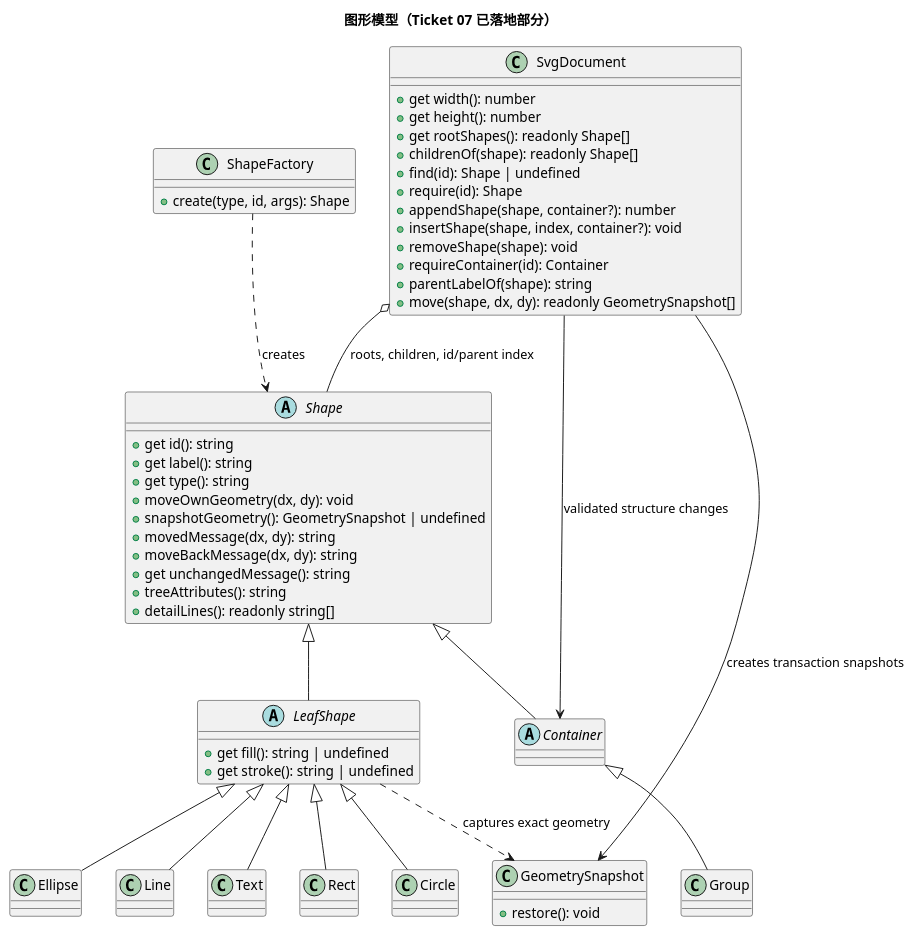
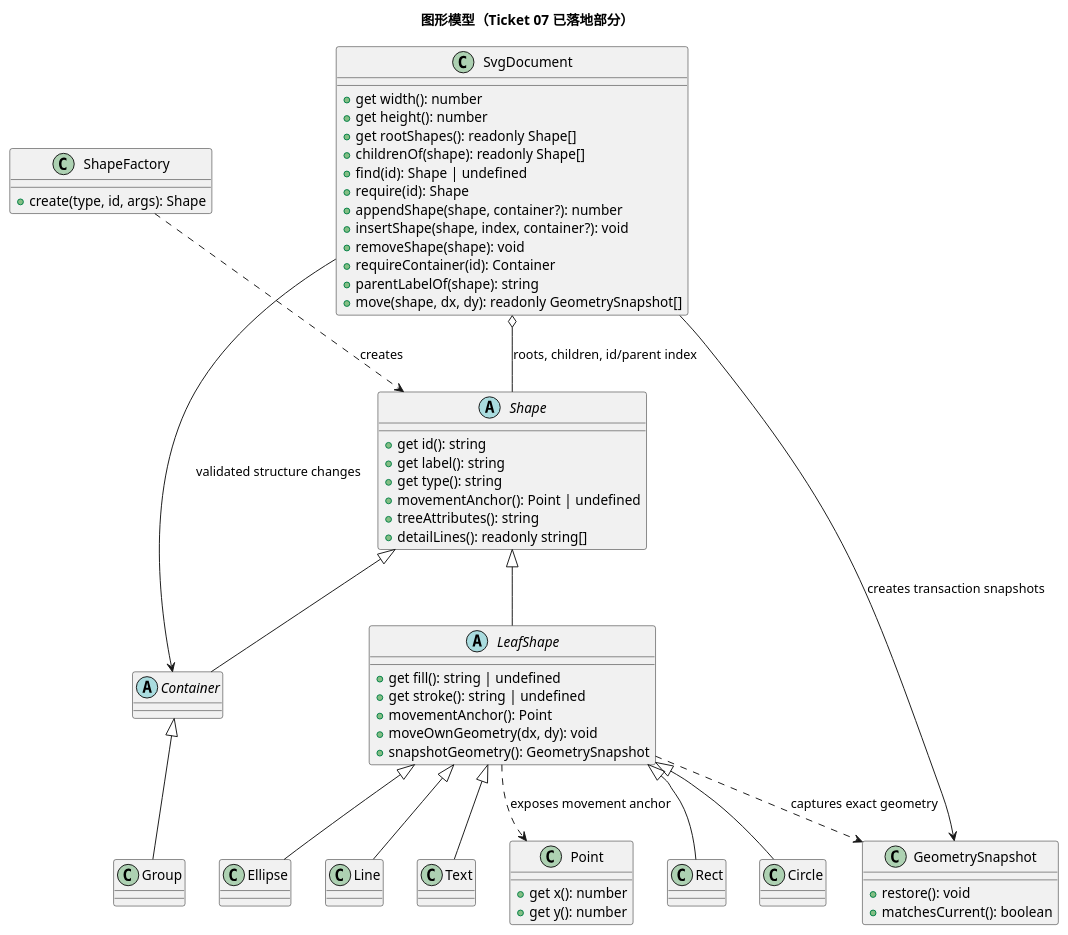
The first of 2 diagrams in doc/class-model.puml (NQC233/svg-editor-lab1), drawn with PlantUML before and after one commit. The commit also changed 4 other files, not shown here.

```diff
--- a/doc/class-model.puml
+++ b/doc/class-model.puml
@@ -1,66 +1,72 @@
 @startuml
 title 图形模型（Ticket 07 已落地部分）
 
 abstract class Shape {
   +get id(): string
   +get label(): string
   +get type(): string
-  +moveOwnGeometry(dx, dy): void
-  +snapshotGeometry(): GeometrySnapshot | undefined
-  +movedMessage(dx, dy): string
-  +moveBackMessage(dx, dy): string
-  +get unchangedMessage(): string
+  +movementAnchor(): Point | undefined
   +treeAttributes(): string
   +detailLines(): readonly string[]
 }
 
 abstract class LeafShape {
   +get fill(): string | undefined
   +get stroke(): string | undefined
+  +movementAnchor(): Point
+  +moveOwnGeometry(dx, dy): void
+  +snapshotGeometry(): GeometrySnapshot
 }
 
 abstract class Container
 
 class Group
 class Rect
 class Circle
 class Ellipse
 class Line
 class Text
 class GeometrySnapshot {
   +restore(): void
+  +matchesCurrent(): boolean
+}
+
+class Point {
+  +get x(): number
+  +get y(): number
 }
 
 class SvgDocument {
   +get width(): number
   +get height(): number
   +get rootShapes(): readonly Shape[]
   +childrenOf(shape): readonly Shape[]
   +find(id): Shape | undefined
   +require(id): Shape
   +appendShape(shape, container?): number
   +insertShape(shape, index, container?): void
   +removeShape(shape): void
   +requireContainer(id): Container
   +parentLabelOf(shape): string
   +move(shape, dx, dy): readonly GeometrySnapshot[]
 }
 
 class ShapeFactory {
   +create(type, id, args): Shape
 }
 
 Shape <|-- LeafShape
 Shape <|-- Container
 Container <|-- Group
 LeafShape <|-- Rect
 LeafShape <|-- Circle
 LeafShape <|-- Ellipse
 LeafShape <|-- Line
 LeafShape <|-- Text
 SvgDocument o-- Shape : roots, children, id/parent index
 SvgDocument --> Container : validated structure changes
 SvgDocument --> GeometrySnapshot : creates transaction snapshots
 LeafShape ..> GeometrySnapshot : captures exact geometry
+LeafShape ..> Point : exposes movement anchor
 ShapeFactory ..> Shape : creates
 @enduml
```
